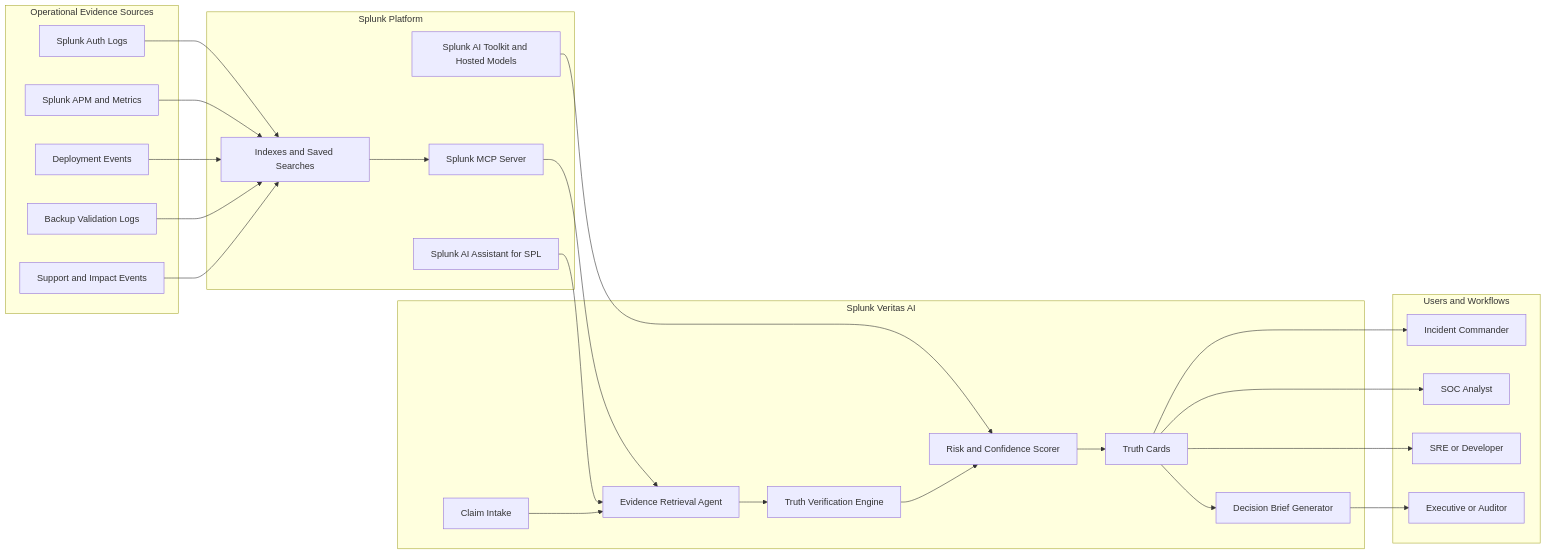
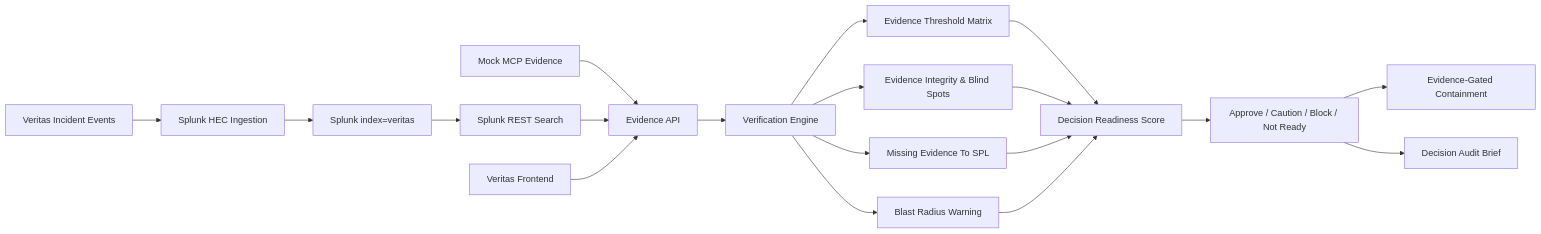
The diagram in architecture_diagram.md (cyberrockng/splunk-veritas-ai), drawn with Mermaid before and after one commit. The commit also changed other lines of this file and 12 other files, not shown here.

Commit message:
Build Splunk-backed Veritas evidence engine

````diff
--- a/architecture_diagram.md
+++ b/architecture_diagram.md
@@ -3,52 +3,21 @@
 ```mermaid
 flowchart LR
-  subgraph Sources["Operational Evidence Sources"]
-    A["Splunk Auth Logs"]
-    B["Splunk APM and Metrics"]
-    C["Deployment Events"]
-    D["Backup Validation Logs"]
-    E["Support and Impact Events"]
-  end
-
-  subgraph Splunk["Splunk Platform"]
-    F["Indexes and Saved Searches"]
-    G["Splunk MCP Server"]
-    H["Splunk AI Assistant for SPL"]
-    I["Splunk AI Toolkit and Hosted Models"]
-  end
-
-  subgraph Veritas["Splunk Veritas AI"]
-    J["Claim Intake"]
-    K["Evidence Retrieval Agent"]
-    L["Truth Verification Engine"]
-    M["Risk and Confidence Scorer"]
-    N["Truth Cards"]
-    O["Decision Brief Generator"]
-  end
-
-  subgraph Users["Users and Workflows"]
-    P["Incident Commander"]
-    Q["SOC Analyst"]
-    R["SRE or Developer"]
-    S["Executive or Auditor"]
-  end
-
-  A --> F
-  B --> F
-  C --> F
-  D --> F
-  E --> F
-  F --> G
-  G --> K
-  H --> K
-  I --> M
-  J --> K
-  K --> L
+  A["Veritas Incident Events"] --> B["Splunk HEC Ingestion"]
+  B --> C["Splunk index=veritas"]
+  D["Mock MCP Evidence"] --> G["Evidence API"]
+  C --> E["Splunk REST Search"]
+  E --> G
+  F["Veritas Frontend"] --> G
+  G --> H["Verification Engine"]
+  H --> I["Evidence Threshold Matrix"]
+  H --> J["Evidence Integrity & Blind Spots"]
+  H --> K["Missing Evidence To SPL"]
+  H --> L["Blast Radius Warning"]
+  I --> M["Decision Readiness Score"]
+  J --> M
+  K --> M
   L --> M
-  M --> N
-  N --> O
-  N --> P
-  N --> Q
-  N --> R
-  O --> S
+  M --> N["Approve / Caution / Block / Not Ready"]
+  N --> O["Evidence-Gated Containment"]
+  N --> P["Decision Audit Brief"]
 ```
````
